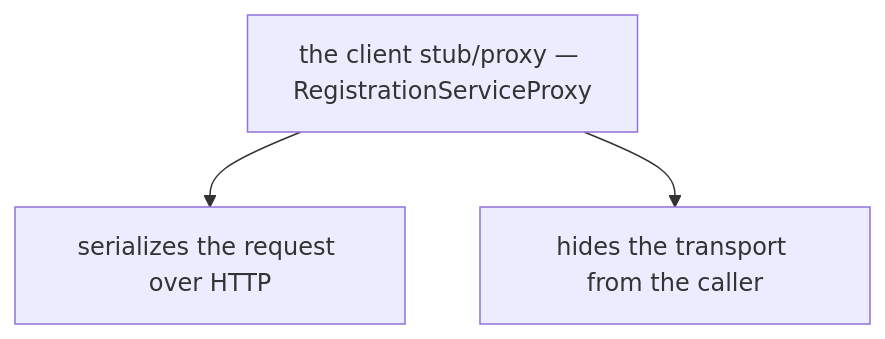
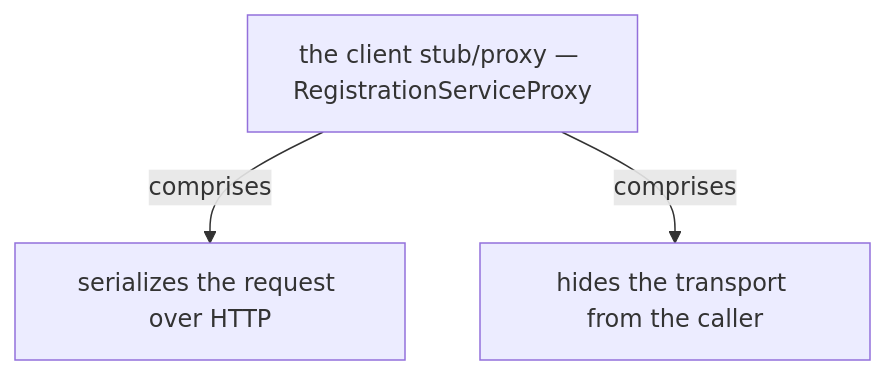
One commit to vinayakuber/microservices-io-study-guide changed the sixth of 13 diagrams in docs/ch06-remote-procedure-invocation.md. Above: the diagram before and after it, drawn with Mermaid. The commit also changed other lines of this file and 71 other files, not shown here.

First line of the commit message:
R18: label every diagram arrow with its meaning

````diff
--- a/docs/ch06-remote-procedure-invocation.md
+++ b/docs/ch06-remote-procedure-invocation.md
@@ -242,6 +242,6 @@
 ```mermaid
 flowchart TD
   R["the client stub/proxy — RegistrationServiceProxy"]
-  R --> P0["serializes the request over HTTP"]
-  R --> P1["hides the transport from the caller"]
+  R -->|"comprises"| P0["serializes the request over HTTP"]
+  R -->|"comprises"| P1["hides the transport from the caller"]
 ```
````
